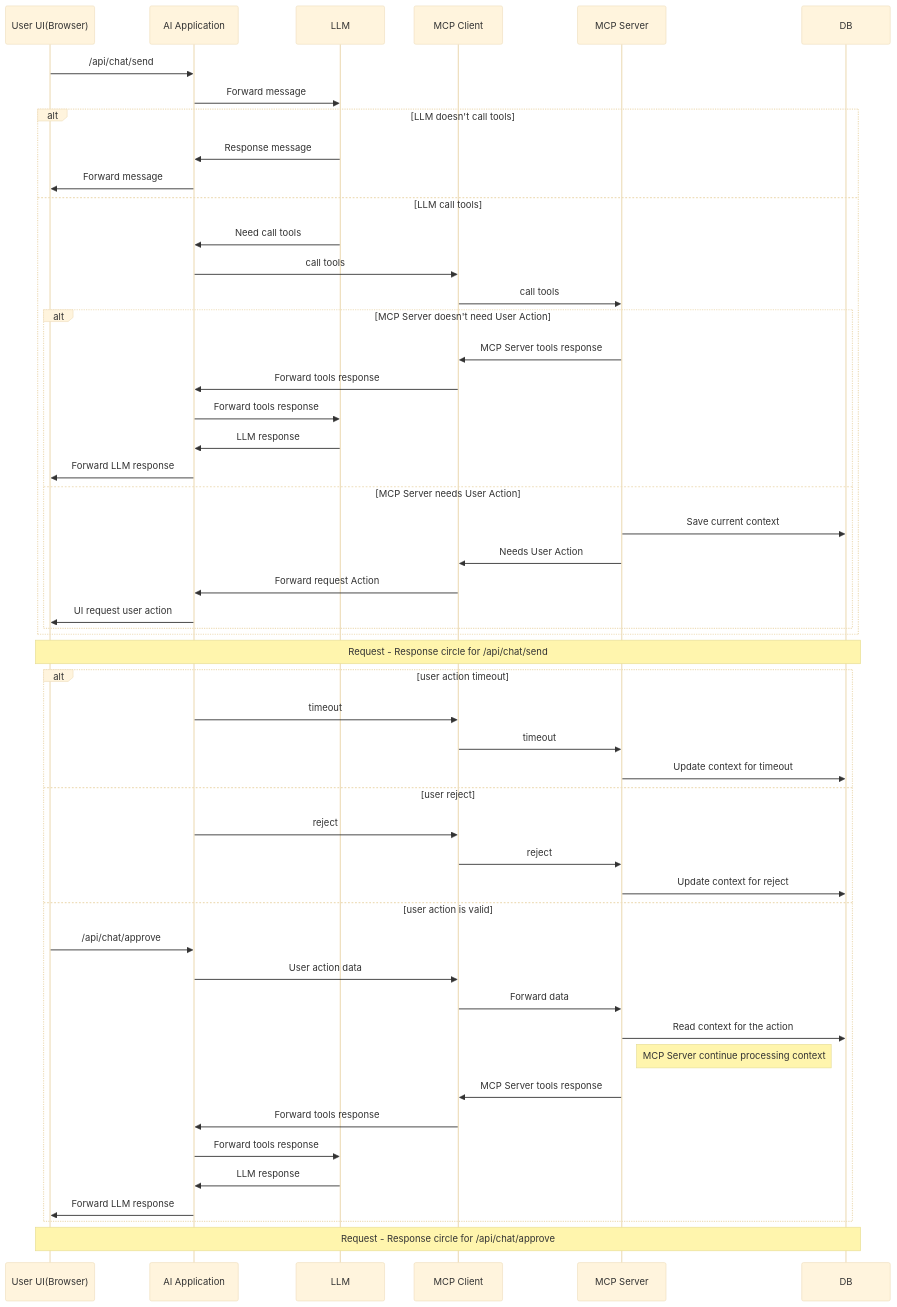
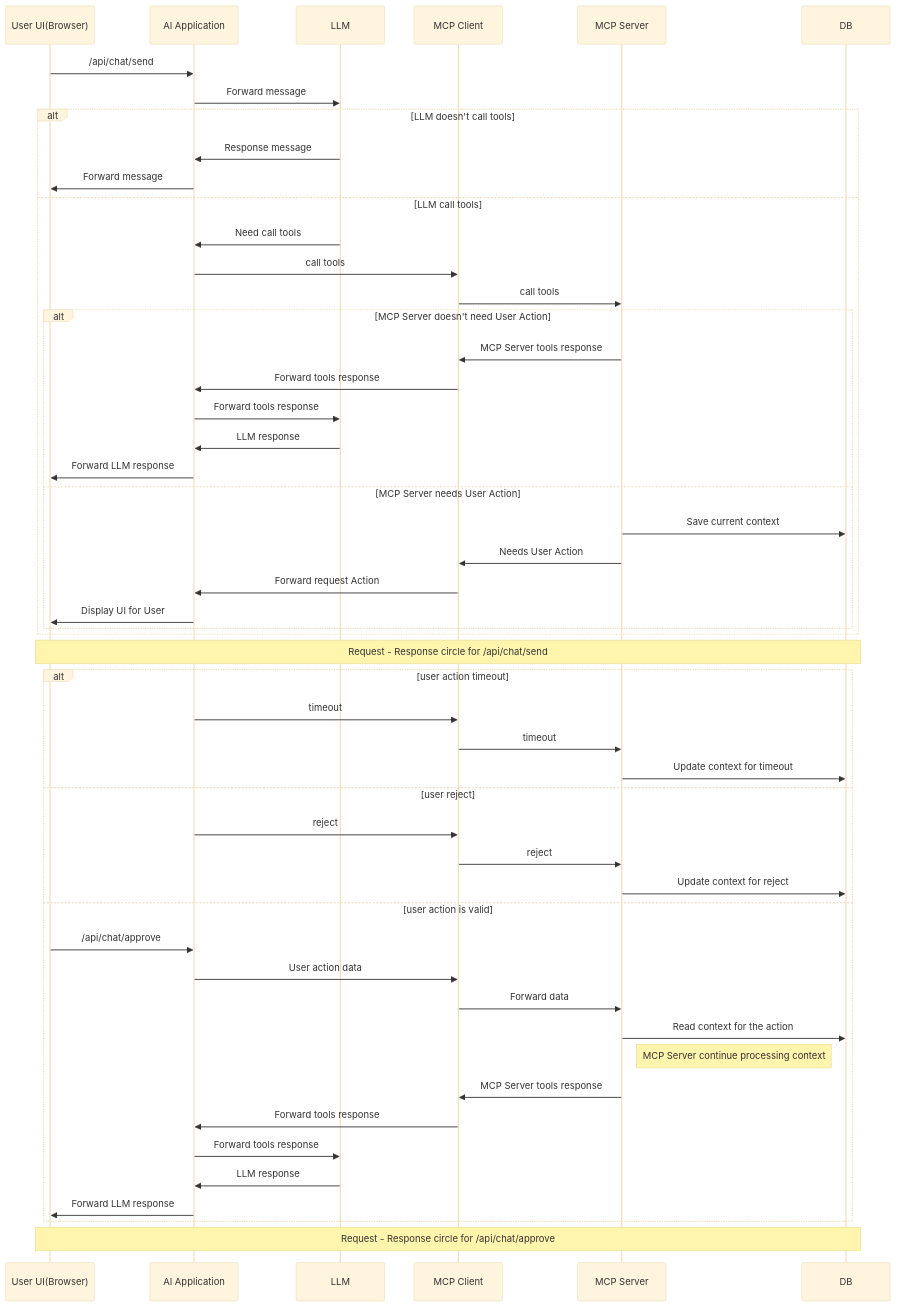
One commit to lehung1109/chatbot-groq changed the diagram in README.md. Above: the diagram before and after it, drawn with Mermaid (base theme).

````diff
--- a/README.md
+++ b/README.md
@@ -57,48 +57,48 @@
 ```mermaid
 sequenceDiagram
     participant User as User UI(Browser)
     User->>AI Application:/api/chat/send
     AI Application->>LLM:Forward message
     alt LLM doesn't call tools
         LLM->>AI Application:Response message
         AI Application->>User:Forward message
     else LLM call tools
         LLM->>AI Application:Need call tools
         AI Application->>MCP Client:call tools
         MCP Client->>MCP Server: call tools
         alt MCP Server doesn't need User Action
             MCP Server->>MCP Client:MCP Server tools response
             MCP Client->>AI Application:Forward tools response
             AI Application->>LLM:Forward tools response
             LLM->>AI Application:LLM response
             AI Application->>User:Forward LLM response
         else MCP Server needs User Action
             MCP Server->>DB:Save current context
             MCP Server->>MCP Client:Needs User Action
             MCP Client->>AI Application:Forward request Action
-            AI Application->>User:UI request user action
+            AI Application->>User:Display UI for User
         end
     end
     Note over User,DB: Request - Response circle for /api/chat/send
     alt user action timeout
         AI Application->>MCP Client:timeout
         MCP Client->>MCP Server:timeout
         MCP Server->>DB:Update context for timeout
     else user reject
         AI Application->>MCP Client:reject
         MCP Client->>MCP Server:reject
         MCP Server->>DB:Update context for reject
     else user action is valid
         User->>AI Application:/api/chat/approve
         AI Application->>MCP Client:User action data
         MCP Client->>MCP Server:Forward data
         MCP Server->>DB:Read context for the action
         Note right of MCP Server:MCP Server continue processing context
         MCP Server->>MCP Client:MCP Server tools response
         MCP Client->>AI Application:Forward tools response
         AI Application->>LLM:Forward tools response
         LLM->>AI Application:LLM response
         AI Application->>User:Forward LLM response
     end
     Note over User,DB: Request - Response circle for /api/chat/approve
 ```
````
